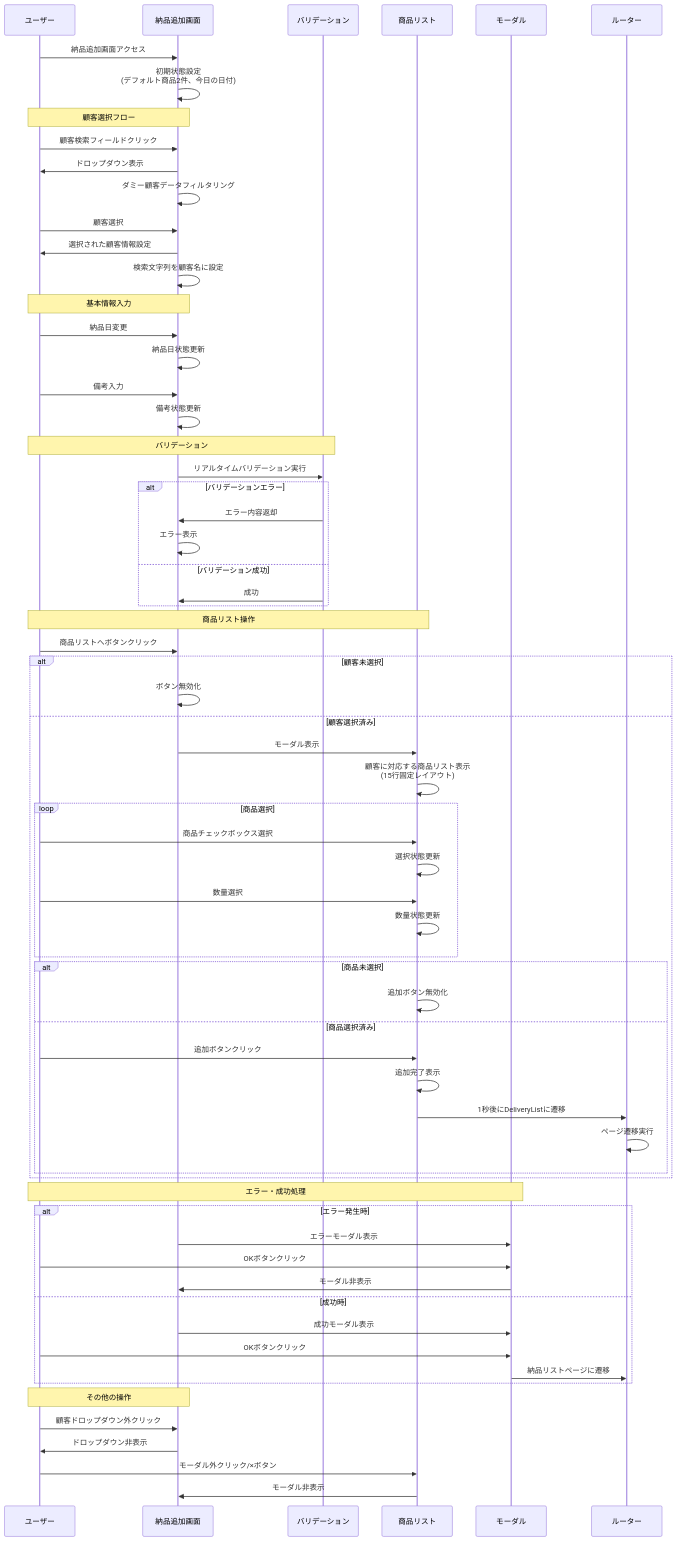
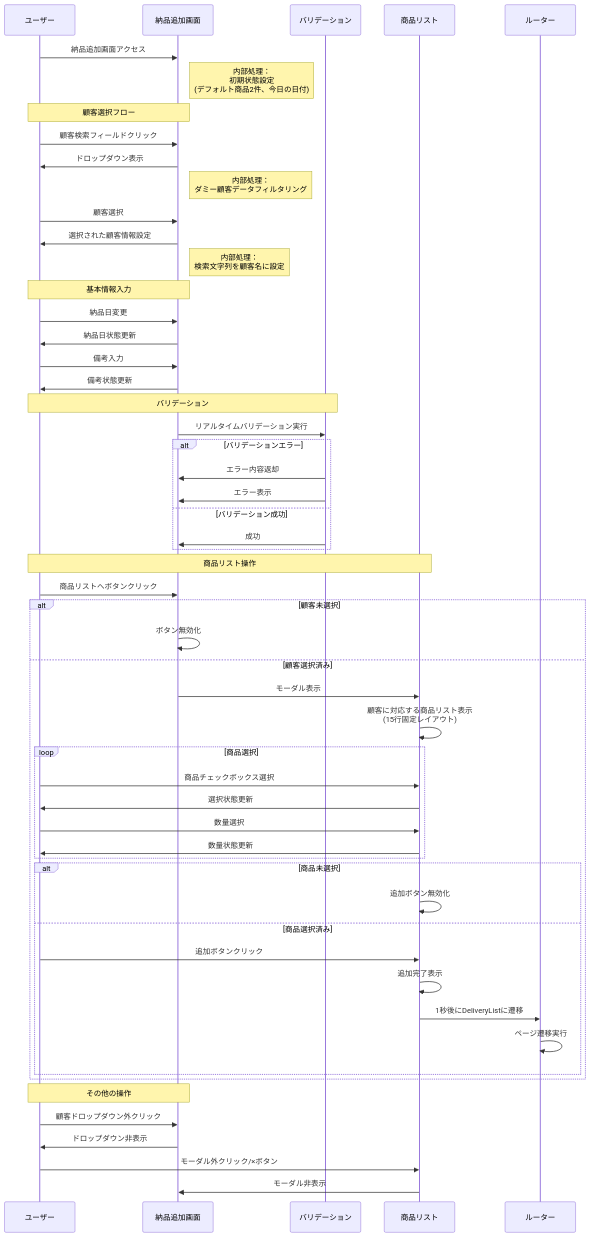
The diagram in document/DeliveryAdd.md (wasabi49/ocs-systemDevelopmentExercises), drawn with Mermaid before and after one commit.

Commit message:
feat: 納品追加画面のシーケンスダイアグラムを更新し、内部処理の説明を追加

````diff
--- a/document/DeliveryAdd.md
+++ b/document/DeliveryAdd.md
@@ -1,78 +1,66 @@
 ```mermaid
 sequenceDiagram
     participant User as ユーザー
     participant UI as 納品追加画面
     participant Validation as バリデーション
     participant ProductModal as 商品リスト
-    participant Modal as モーダル
     participant Router as ルーター
 
     User->>UI: 納品追加画面アクセス
-    UI->>UI: 初期状態設定<br/>(デフォルト商品2件、今日の日付)
+    Note right of UI: 内部処理： <br/> 初期状態設定<br/>(デフォルト商品2件、今日の日付)
     
         Note over User, UI: 顧客選択フロー
         User->>UI: 顧客検索フィールドクリック
         UI->>User: ドロップダウン表示
-        UI->>UI: ダミー顧客データフィルタリング
+        Note right of UI: 内部処理： <br/> ダミー顧客データフィルタリング
         User->>UI: 顧客選択
         UI->>User: 選択された顧客情報設定
-        UI->>UI: 検索文字列を顧客名に設定
+        Note right of UI: 内部処理： <br/> 検索文字列を顧客名に設定
     
         Note over User, UI: 基本情報入力
         User->>UI: 納品日変更
-        UI->>UI: 納品日状態更新
+        UI->>User: 納品日状態更新
         User->>UI: 備考入力
-        UI->>UI: 備考状態更新
+        UI->>User: 備考状態更新
 
         Note over User, Validation: バリデーション
         UI->>Validation: リアルタイムバリデーション実行
         alt バリデーションエラー
             Validation->>UI: エラー内容返却
-            UI->>UI: エラー表示
+            Validation->>UI: エラー表示
         else バリデーション成功
             Validation->>UI: 成功
         end
 
         Note over User, ProductModal: 商品リスト操作
         User->>UI: 商品リストへボタンクリック
         alt 顧客未選択
             UI->>UI: ボタン無効化
         else 顧客選択済み
             UI->>ProductModal: モーダル表示
             ProductModal->>ProductModal: 顧客に対応する商品リスト表示<br/>(15行固定レイアウト)
             
             loop 商品選択
                 User->>ProductModal: 商品チェックボックス選択
-                ProductModal->>ProductModal: 選択状態更新
+                ProductModal->>User: 選択状態更新
                 User->>ProductModal: 数量選択
-                ProductModal->>ProductModal: 数量状態更新
+                ProductModal->>User: 数量状態更新
             end
             
             alt 商品未選択
                 ProductModal->>ProductModal: 追加ボタン無効化
             else 商品選択済み
                 User->>ProductModal: 追加ボタンクリック
                 ProductModal->>ProductModal: 追加完了表示
                 ProductModal->>Router: 1秒後にDeliveryListに遷移
                 Router->>Router: ページ遷移実行
             end
         end
 
-        Note over User, Modal: エラー・成功処理
-        alt エラー発生時
-            UI->>Modal: エラーモーダル表示
-            User->>Modal: OKボタンクリック
-            Modal->>UI: モーダル非表示
-        else 成功時
-            UI->>Modal: 成功モーダル表示
-            User->>Modal: OKボタンクリック
-            Modal->>Router: 納品リストページに遷移
-        end
-
         Note over User, UI: その他の操作
         User->>UI: 顧客ドロップダウン外クリック
         UI->>User: ドロップダウン非表示
         
         User->>ProductModal: モーダル外クリック/×ボタン
         ProductModal->>UI: モーダル非表示
 ```
````
